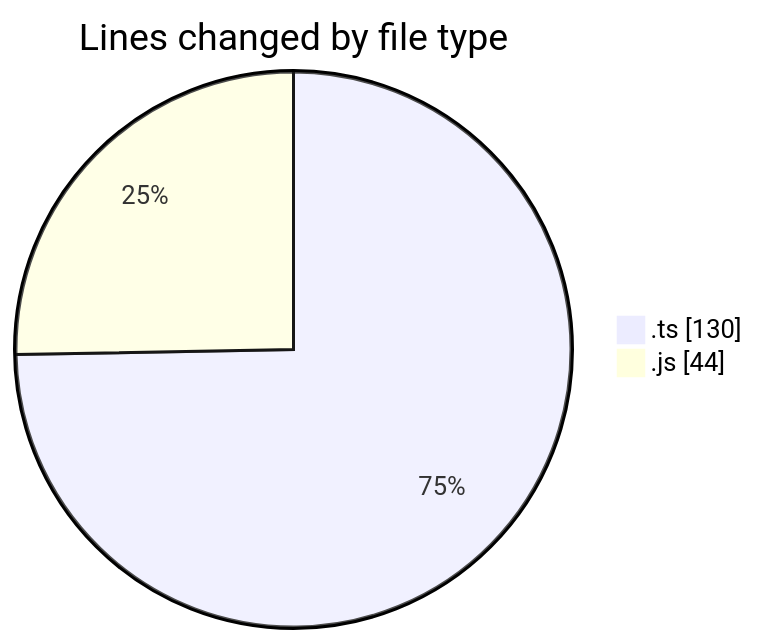
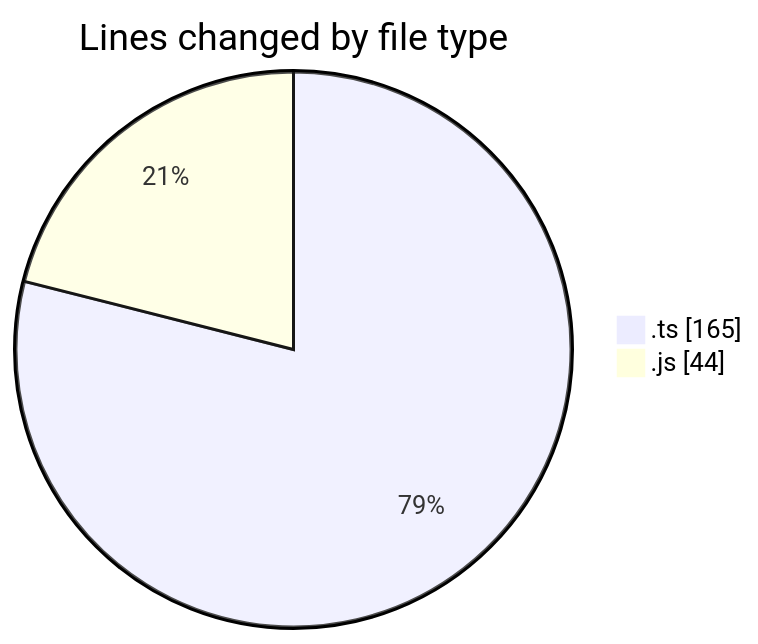
Before and after one commit to momahboobian/code-tracking: the first of 2 diagrams in 2026-08-03/cda/README.md, drawn with Mermaid. The commit also changed other lines of this file and 1 other file, not shown here.

````diff
--- a/2026-08-03/cda/README.md
+++ b/2026-08-03/cda/README.md
@@ -24,6 +26,6 @@
 ```mermaid
 pie showData
 title Lines changed by file type
-".ts" : 130
+".ts" : 165
 ".js" : 44
 ```
````
